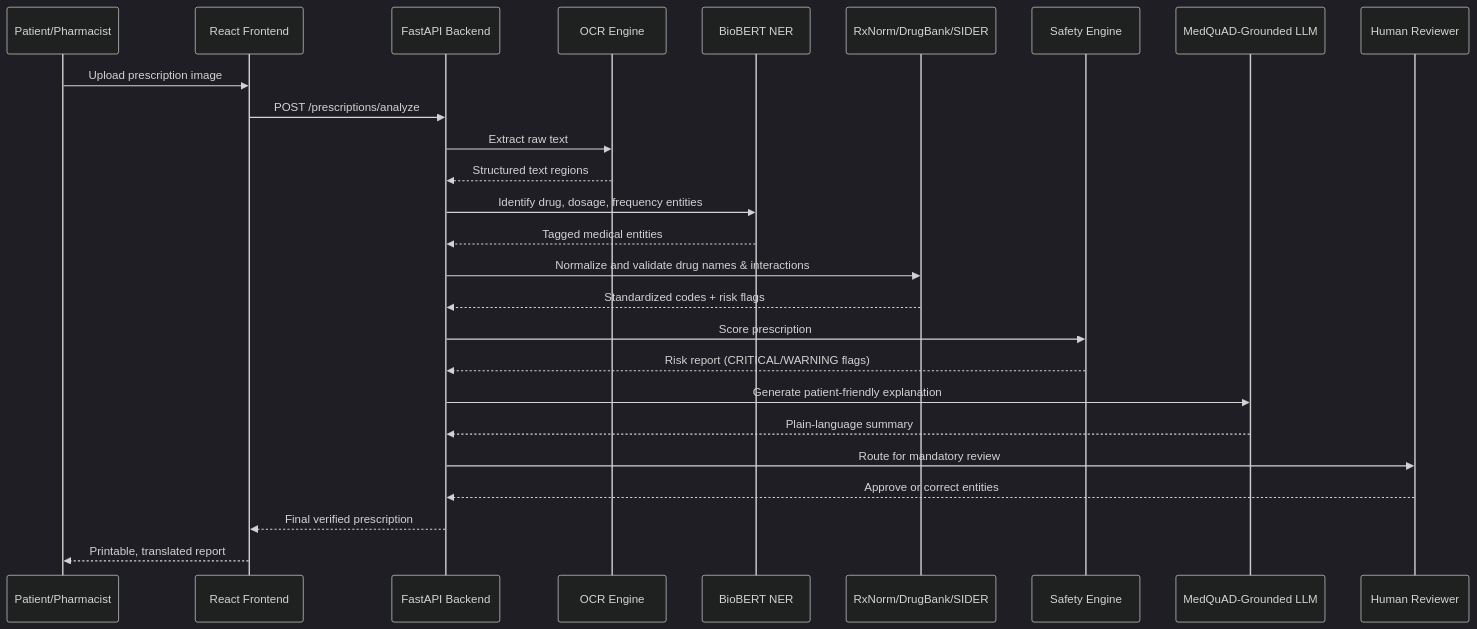
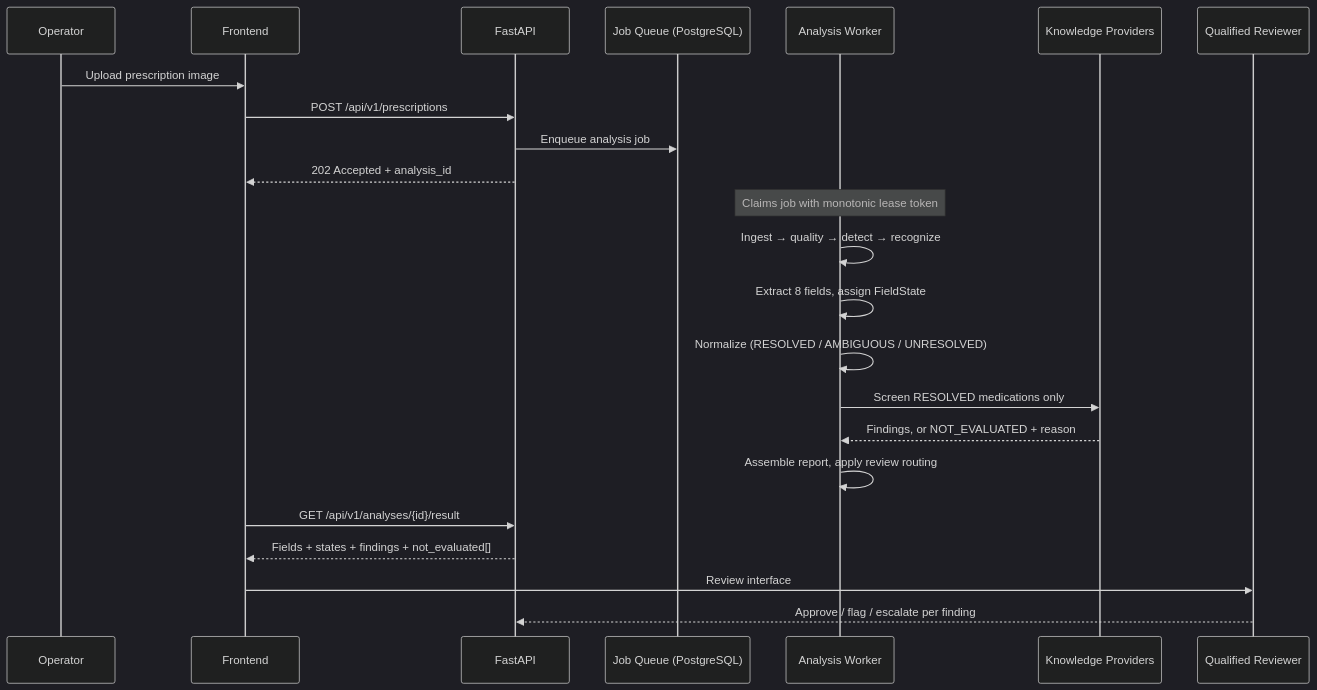
One commit to dipak0000812/Prescripto-2.0 changed the second of 2 diagrams in README.md. Above: the diagram before and after it, drawn with Mermaid (dark theme). The commit also changed other lines of this file, not shown here.

````diff
--- a/README.md
+++ b/README.md
@@ -77,29 +109,26 @@
 ```mermaid
 sequenceDiagram
-    participant U as Patient/Pharmacist
-    participant FE as React Frontend
-    participant API as FastAPI Backend
-    participant OCR as OCR Engine
-    participant NER as BioBERT NER
-    participant ONT as RxNorm/DrugBank/SIDER
-    participant SAFE as Safety Engine
-    participant LLM as MedQuAD-Grounded LLM
-    participant HUM as Human Reviewer
+    participant U as Operator
+    participant FE as Frontend
+    participant API as FastAPI
+    participant Q as Job Queue (PostgreSQL)
+    participant W as Analysis Worker
+    participant KB as Knowledge Providers
+    participant HUM as Qualified Reviewer
 
     U->>FE: Upload prescription image
-    FE->>API: POST /prescriptions/analyze
-    API->>OCR: Extract raw text
-    OCR-->>API: Structured text regions
-    API->>NER: Identify drug, dosage, frequency entities
-    NER-->>API: Tagged medical entities
-    API->>ONT: Normalize and validate drug names & interactions
-    ONT-->>API: Standardized codes + risk flags
-    API->>SAFE: Score prescription
-    SAFE-->>API: Risk report (CRITICAL/WARNING flags)
-    API->>LLM: Generate patient-friendly explanation
-    LLM-->>API: Plain-language summary
-    API->>HUM: Route for mandatory review
-    HUM-->>API: Approve or correct entities
-    API-->>FE: Final verified prescription
-    FE-->>U: Printable, translated report
+    FE->>API: POST /api/v1/prescriptions
+    API->>Q: Enqueue analysis job
+    API-->>FE: 202 Accepted + analysis_id
+    Note over W: Claims job with monotonic lease token
+    W->>W: Ingest → quality → detect → recognize
+    W->>W: Extract 8 fields, assign FieldState
+    W->>W: Normalize (RESOLVED / AMBIGUOUS / UNRESOLVED)
+    W->>KB: Screen RESOLVED medications only
+    KB-->>W: Findings, or NOT_EVALUATED + reason
+    W->>W: Assemble report, apply review routing
+    FE->>API: GET /api/v1/analyses/{id}/result
+    API-->>FE: Fields + states + findings + not_evaluated[]
+    FE->>HUM: Review interface
+    HUM-->>API: Approve / flag / escalate per finding
 ```
````
